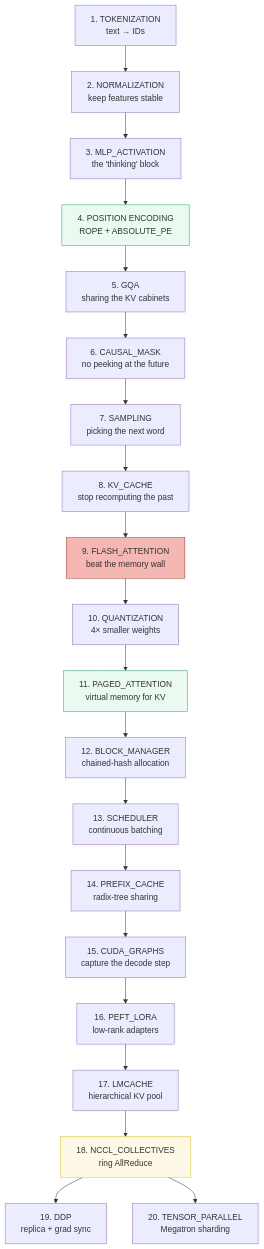
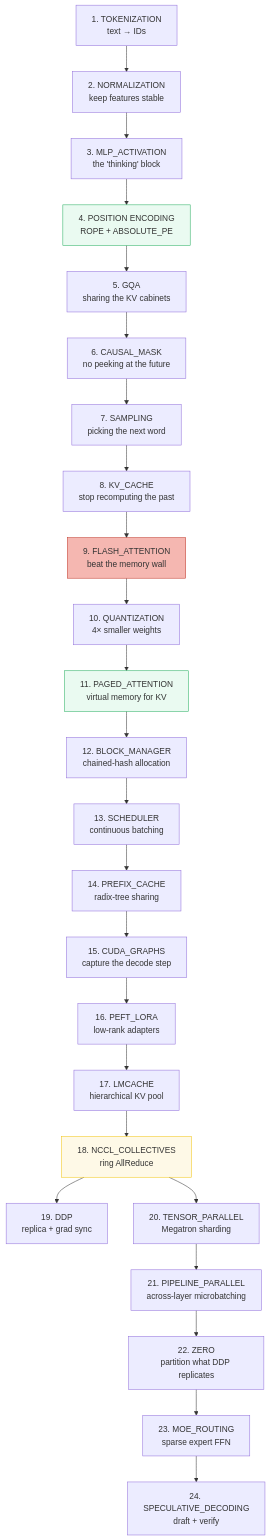
Before and after one commit to quanhua92/tutorials: the second of 2 diagrams in llm/README.md, drawn with Mermaid. The commit also changed other lines of this file and 23 other files, not shown here.

````diff
--- a/llm/README.md
+++ b/llm/README.md
@@ -112,26 +129,30 @@
 ```mermaid
 graph TD
     A["1. TOKENIZATION<br/>text → IDs"] --> B["2. NORMALIZATION<br/>keep features stable"]
     B --> C["3. MLP_ACTIVATION<br/>the 'thinking' block"]
     C --> D["4. POSITION ENCODING<br/>ROPE + ABSOLUTE_PE"]
     D --> E["5. GQA<br/>sharing the KV cabinets"]
     E --> F["6. CAUSAL_MASK<br/>no peeking at the future"]
     F --> G["7. SAMPLING<br/>picking the next word"]
     G --> H["8. KV_CACHE<br/>stop recomputing the past"]
     H --> I["9. FLASH_ATTENTION<br/>beat the memory wall"]
     I --> J["10. QUANTIZATION<br/>4× smaller weights"]
     J --> K["11. PAGED_ATTENTION<br/>virtual memory for KV"]
     K --> L["12. BLOCK_MANAGER<br/>chained-hash allocation"]
     L --> M["13. SCHEDULER<br/>continuous batching"]
     M --> N["14. PREFIX_CACHE<br/>radix-tree sharing"]
     N --> O["15. CUDA_GRAPHS<br/>capture the decode step"]
     O --> P["16. PEFT_LORA<br/>low-rank adapters"]
     P --> Q["17. LMCACHE<br/>hierarchical KV pool"]
     Q --> R["18. NCCL_COLLECTIVES<br/>ring AllReduce"]
     R --> S["19. DDP<br/>replica + grad sync"]
     R --> T["20. TENSOR_PARALLEL<br/>Megatron sharding"]
+    T --> U["21. PIPELINE_PARALLEL<br/>across-layer microbatching"]
+    U --> V["22. ZERO<br/>partition what DDP replicates"]
+    V --> W["23. MOE_ROUTING<br/>sparse expert FFN"]
+    W --> X["24. SPECULATIVE_DECODING<br/>draft + verify"]
     style D fill:#eafaf1,stroke:#27ae60
     style I fill:#f5b7b1,stroke:#c0392b
     style K fill:#eafaf1,stroke:#27ae60
     style R fill:#fef9e7,stroke:#f1c40f
 ```
````
